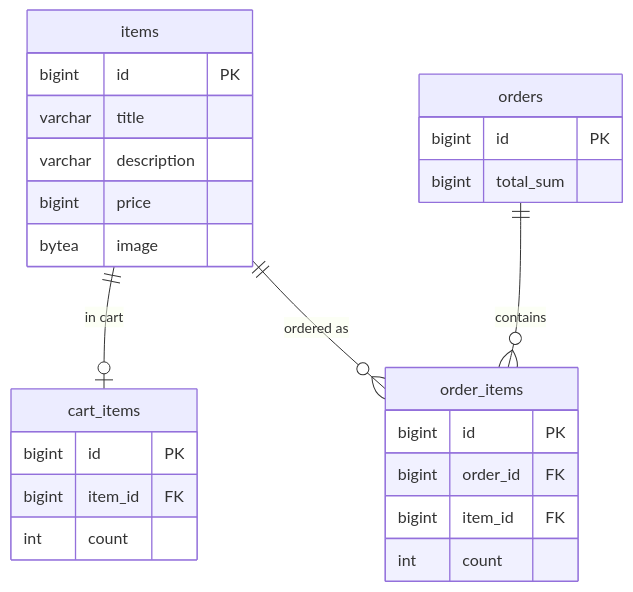
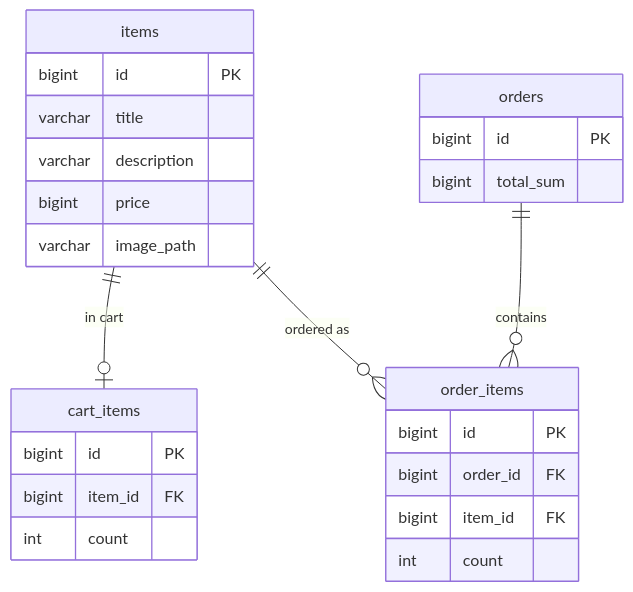
One commit to ubrnt/yp-my-market-app changed the diagram in README.md. Above: the diagram before and after it, drawn with Mermaid. The commit also changed other lines of this file and 3 other files, not shown here.

````diff
--- a/README.md
+++ b/README.md
@@ -70,29 +74,29 @@
 ```mermaid
 erDiagram
     items ||--o| cart_items : "in cart"
     items ||--o{ order_items : "ordered as"
     orders ||--o{ order_items : "contains"
 
     items {
         bigint id PK
         varchar title
         varchar description
         bigint price
-        bytea image
+        varchar image_path
     }
     cart_items {
         bigint id PK
         bigint item_id FK
         int count
     }
     orders {
         bigint id PK
         bigint total_sum
     }
     order_items {
         bigint id PK
         bigint order_id FK
         bigint item_id FK
         int count
     }
 ```
````
